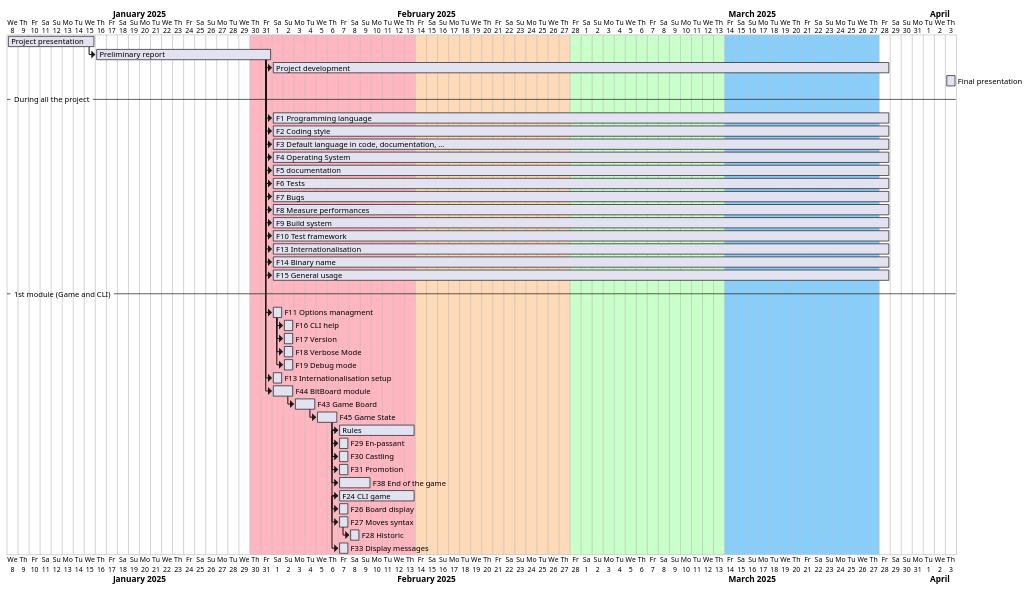
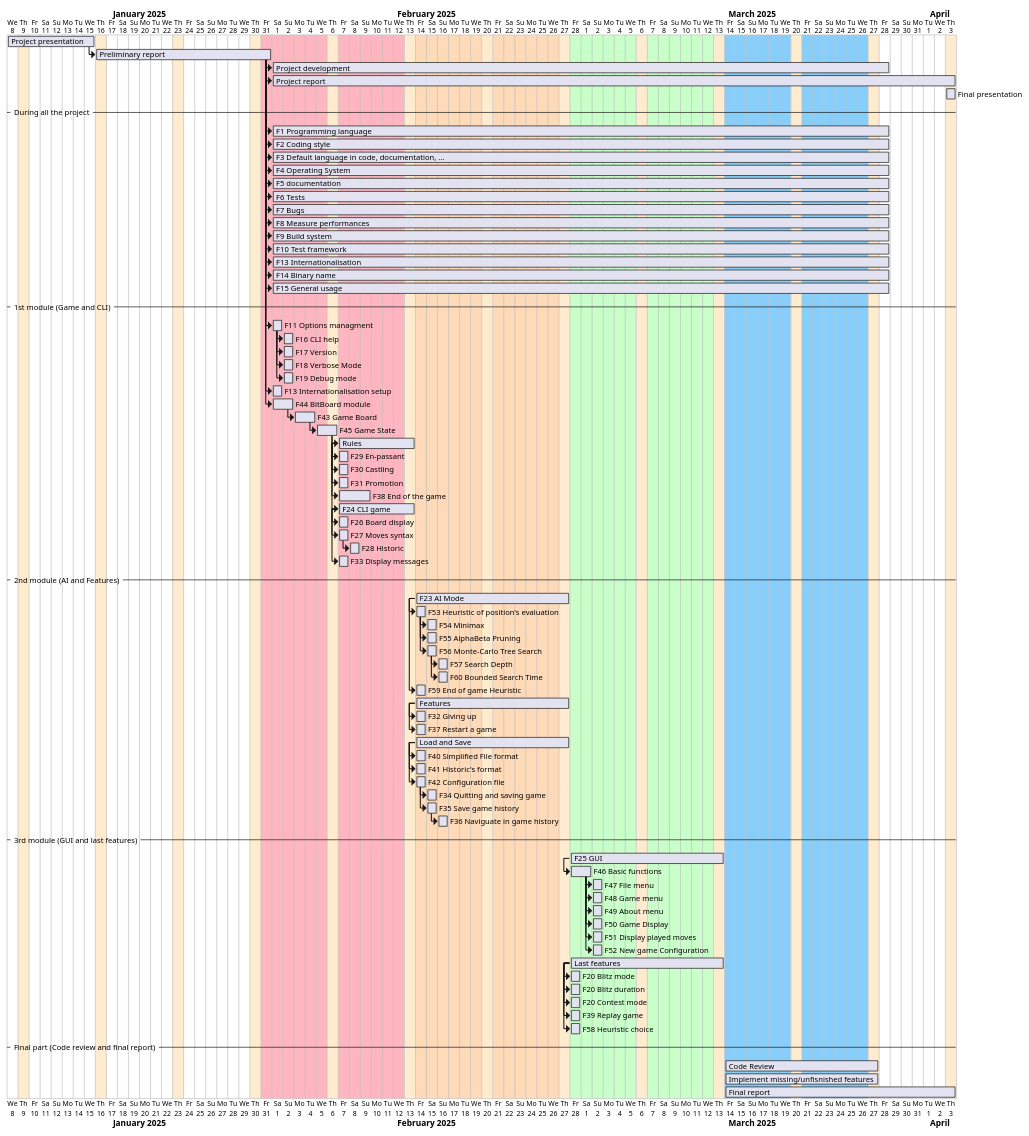
One commit to Vjonquiere/chess changed the diagram in reports/preliminary/res/gantt.puml. Above: the diagram before and after it, drawn with PlantUML.

Commit message:
2nd and 3rd module + final part gantt chart

```diff
--- a/reports/preliminary/res/gantt.puml
+++ b/reports/preliminary/res/gantt.puml
@@ -1,65 +1,111 @@
 @startgantt
 Project starts 2025-01-08
+thursdays are colored in BlanchedAlmond
 [Project presentation] requires 8 days
 [Preliminary report] requires 16 days 
 [Preliminary report] starts at [Project presentation]'s end
 [Project development] requires 8 weeks
 [Project development] starts at [Preliminary report]'s end
+[Project report] ends on 2025-04-03
+[Project report] starts at [Preliminary report]'s end
 [Final presentation] requires 1 day
 [Final presentation] starts at 2025-04-03
 -- During all the project --
 [F1 Programming language] as [F1] requires 8 weeks
 [Preliminary report] -> [F1]
 [F2 Coding style] as [F2] requires 8 weeks
 [Preliminary report] -> [F2]
 [F3 Default language in code, documentation, ...] as [F3] requires 8 weeks
 [Preliminary report] -> [F3]
 [F4 Operating System] as [F4] requires 8 weeks
 [Preliminary report] -> [F4]
 [F5 documentation] as [F5] requires 8 weeks
 [Preliminary report] -> [F5]
 [F6 Tests] as [F6] requires 8 weeks
 [Preliminary report] -> [F6]
 [F7 Bugs] as [F7] requires 8 weeks
 [Preliminary report] -> [F7]
 [F8 Measure performances] as [F8] requires 8 weeks
 [Preliminary report] -> [F8]
 [F9 Build system] as [F9] requires 8 weeks
 [Preliminary report] -> [F9]
 [F10 Test framework] as [F10] requires 8 weeks
 [Preliminary report] -> [F10]
 [F13 Internationalisation] as [F13] requires 8 weeks
 [Preliminary report] -> [F13]
 [F14 Binary name] as [F14] requires 8 weeks
 [Preliminary report] -> [F14]
 [F15 General usage] as [F15] requires 8 weeks
 [Preliminary report] -> [F15]
 
 -- 1st module (Game and CLI) --
 [F11 Options managment] as [F11] requires 1 day and starts at [Preliminary report]'s end
 [F16 CLI help] requires 1 day and starts at [F11]'s end
 [F17 Version] requires 1 day and starts at [F11]'s end
 [F18 Verbose Mode] requires 1 day and starts at [F11]'s end
 [F19 Debug mode] requires 1 day and starts at [F11]'s end
 [F13 Internationalisation setup] requires 1 day and starts at [Preliminary report]'s end
 
 [F44 BitBoard module] as [F44] requires 2 days and starts at [Preliminary report]'s end
 [F43 Game Board] as [F43] requires 2 days and starts at [F44]'s end
 [F45 Game State] as [F45] requires 2 days and starts at [F43]'s end
 [Rules] requires 1 week and starts at [F45]'s end
 [F29 En-passant] as [F29] requires 1 day and starts at [Rules]'s start
 [F30 Castling] as [F30] requires 1 day and starts at [Rules]'s start
 [F31 Promotion] as [F31] requires 1 day and starts at [Rules]'s start
 [F38 End of the game] as [F38] requires 3 days and starts at [Rules]'s start
 
 [F24 CLI game] as [F24] requires 1 week and starts at [F45]'s end
 [F26 Board display] as [F26] requires 1 day and starts at [F24]'s start
 [F27 Moves syntax] as [F27] requires 1 day and starts at [F24]'s start
 [F28 Historic] as [F28] requires 1 day and starts at [F27]'s end
 [F33 Display messages] as [F33] requires 1 day and starts at [F24]'s start
 
+-- 2nd module (AI and Features) --
+[F23 AI Mode] as [F23] requires 2 weeks and starts on 2025-02-14
+[F53 Heuristic of position's evaluation] as [F53] requires 1 day and starts at [F23]'s start
+[F54 Minimax] as [F54] requires 1 day and starts at [F53]'s end
+[F55 AlphaBeta Pruning] as [F55] requires 1 day and starts at [F53]'s end
+[F56 Monte-Carlo Tree Search] as [F56] requires 1 day and starts at [F53]'s end
+[F57 Search Depth] as [F57] requires 1 day and starts at [F56]'s end
+[F60 Bounded Search Time] as [F60] requires 1 day and starts at [F56]'s end
+[F59 End of game Heuristic] as [F59] requires 1 day and starts at [F23]'s start
+
+[Features] requires 2 weeks and starts on 2025-02-14
+[F32 Giving up] as [F32] requires 1 day and starts at [Features]'s start
+[F37 Restart a game] as [F37] requires 1 day and starts at [Features]'s start
+[Load and Save] requires 2 weeks and starts on 2025-02-14
+[F40 Simplified File format] as [F40] requires 1 day and starts at [Load and Save]'s start
+[F41 Historic's format] as [F41] requires 1 day and starts at [Load and Save]'s start
+[F42 Configuration file] as [F42] requires 1 day and starts at [Load and Save]'s start
+[F34 Quitting and saving game] as [F34] requires 1 day and starts at [F42]'s end
+[F35 Save game history] as [F35] requires 1 day and starts at [F42]'s end
+[F36 Naviguate in game history] as [F36] requires 1 day and starts at [F35]'s end
+
+-- 3rd module (GUI and last features) --
+[F25 GUI] as [F25] requires 2 weeks and starts on 2025-02-28
+[F46 Basic functions] as [F46] requires 2 days and starts at [F25]'s start
+[F47 File menu] as [F47] requires 1 day and starts at [F46]'s end
+[F48 Game menu] as [F48] requires 1 day and starts at [F46]'s end
+[F49 About menu] as [F49] requires 1 day and starts at [F46]'s end
+[F50 Game Display] as [F50] requires 1 day and starts at [F46]'s end
+[F51 Display played moves] as [F51] requires 1 day and starts at [F46]'s end
+[F52 New game Configuration] as [F52] requires 1 day and starts at [F46]'s end
+
+[Last features] requires 2 weeks and starts on 2025-02-28
+[F20 Blitz mode] as [F20] requires 1 day and starts at [Last features]'s start
+[F20 Blitz duration] as [F21] requires 1 day and starts at [Last features]'s start
+[F20 Contest mode] as [F22] requires 1 day and starts at [Last features]'s start
+[F39 Replay game] as [F39] requires 1 day and starts at [Last features]'s start
+[F58 Heuristic choice] as [F58] requires 1 day and starts at [Last features]'s start
+
+-- Final part (Code review and final report) --
+[Code Review] requires 2 weeks and starts on 2025-03-14
+[Implement missing/unfisnished features] requires 2 weeks and starts on 2025-03-14
+[Final report] requires 3 weeks and starts on 2025-03-14
+
 2025-01-30 to 2025-02-13 are colored in LightPink
 2025-02-14 to 2025-02-27 are colored in PeachPuff
 2025-02-28 to 2025-03-13 are colored in TECHNOLOGY
 2025-03-14 to 2025-03-27 are colored in LightSkyBlue
 @endgantt
```
